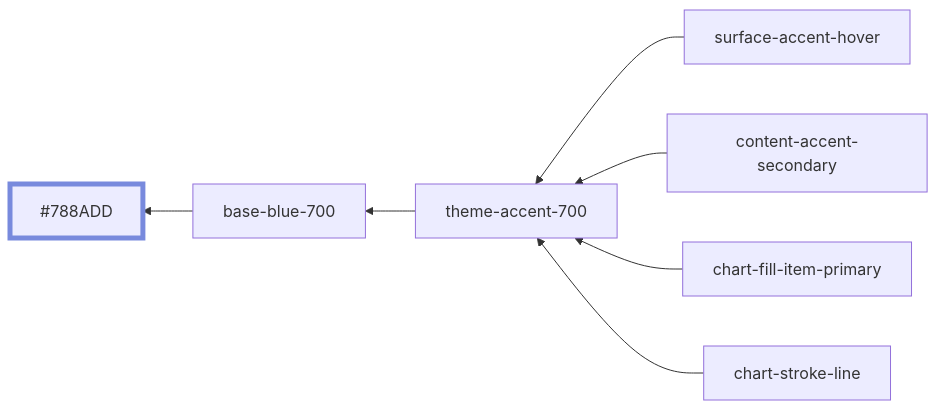
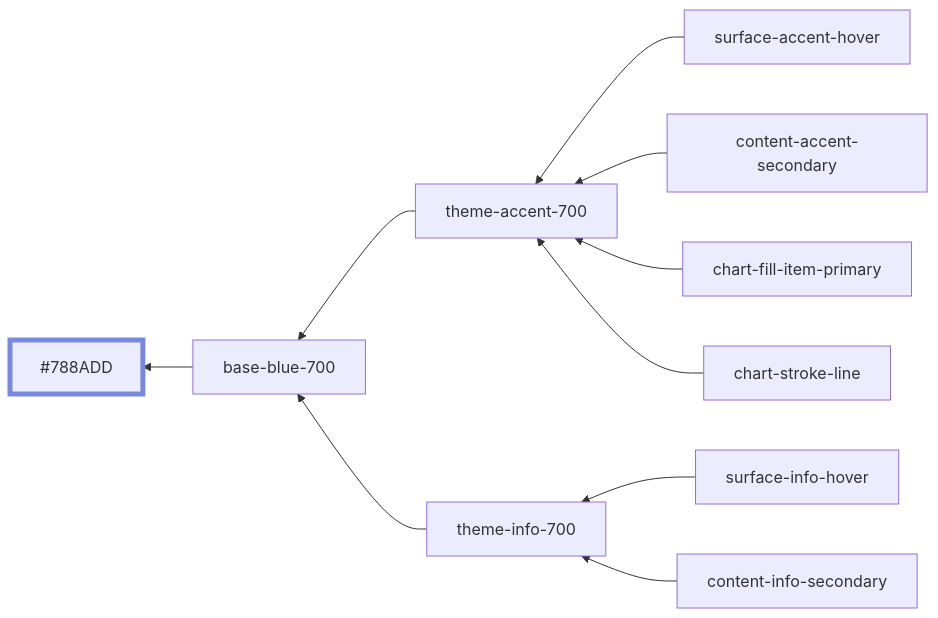
Diagram 39 of 51 in styles/dist/blue.md (oxidecomputer/design-system), drawn with Mermaid before and after one commit. The commit also changed other lines of this file and 8 other files, not shown here.

````diff
--- a/styles/dist/blue.md
+++ b/styles/dist/blue.md
@@ -448,11 +461,14 @@
 ```mermaid
 graph RL
   base-blue-700 --> #788ADD:::base-blue-700
   surface-accent-hover --> theme-accent-700
+  surface-info-hover --> theme-info-700
   content-accent-secondary --> theme-accent-700
+  content-info-secondary --> theme-info-700
   chart-fill-item-primary --> theme-accent-700
   chart-stroke-line --> theme-accent-700
   theme-accent-700 --> base-blue-700
+  theme-info-700 --> base-blue-700
 
 	classDef base-blue-700 stroke-width:5,stroke:#788ADD
 ```
````
